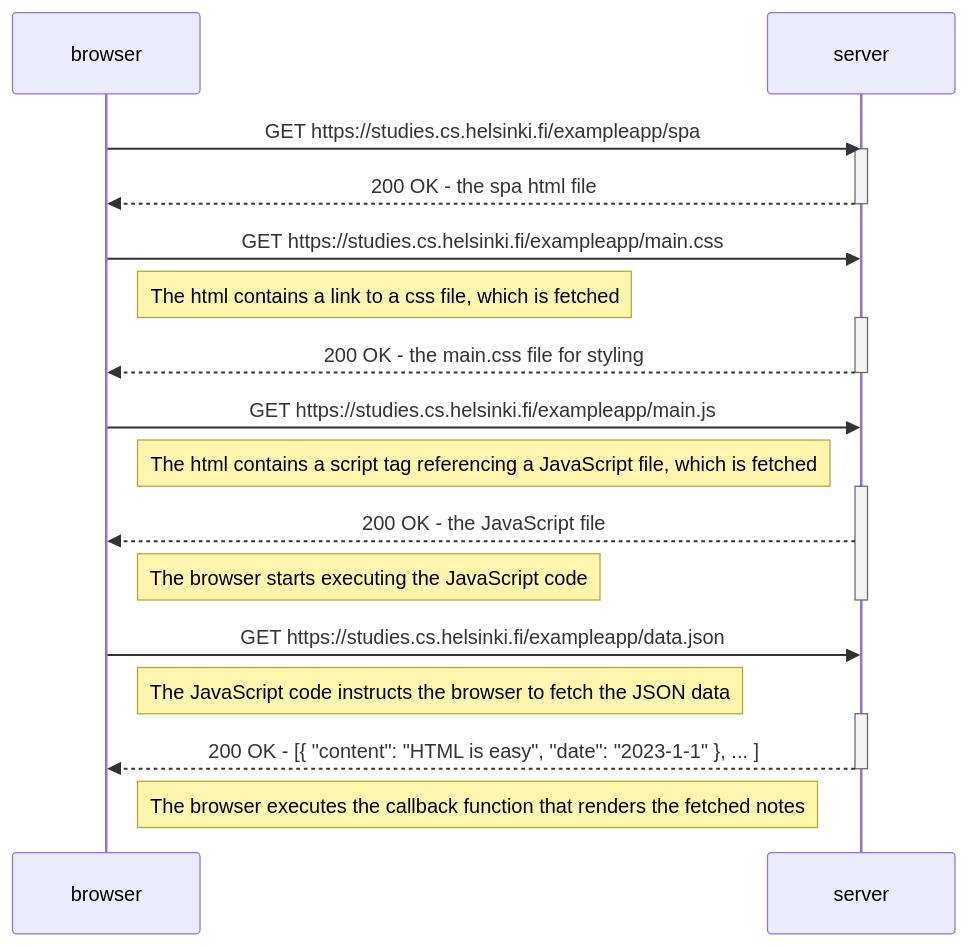
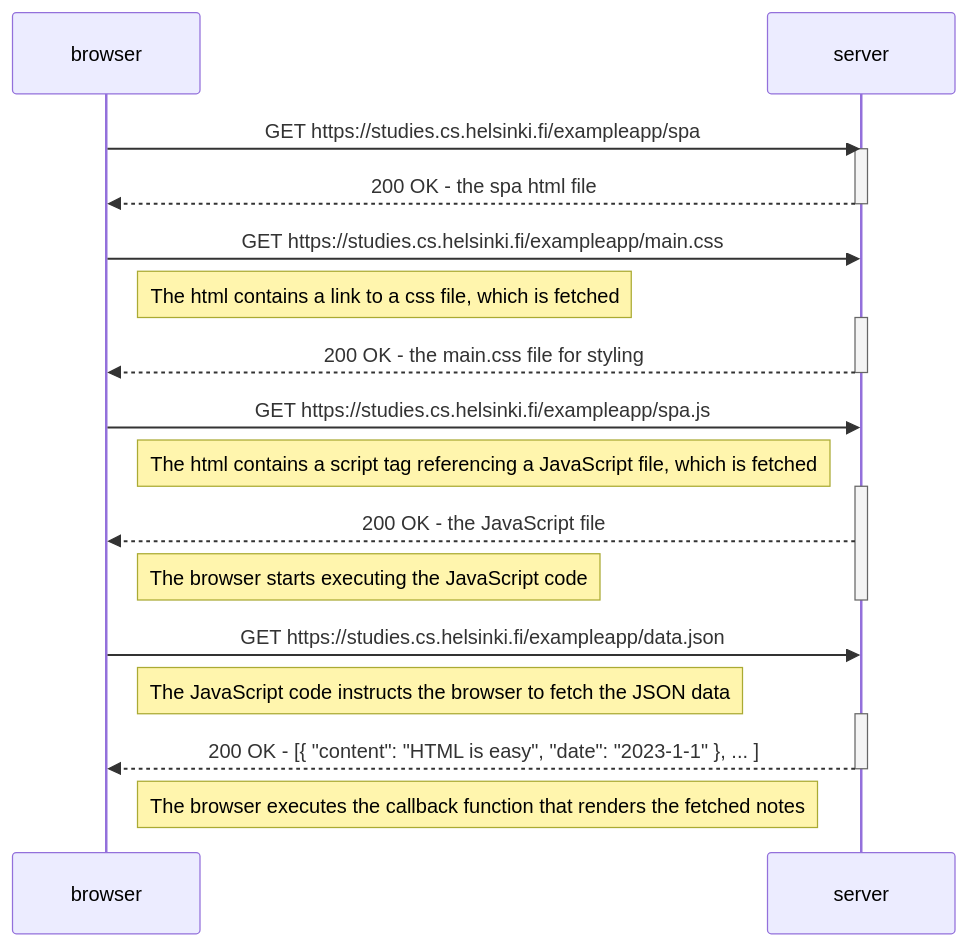
The diagram in Part0/05.md (philipmuller/fullstackopen), drawn with Mermaid before and after one commit.

````diff
--- a/Part0/05.md
+++ b/Part0/05.md
@@ -3,31 +3,31 @@
 ```mermaid
 sequenceDiagram
     participant browser
     participant server
 
     browser->>server: GET https://studies.cs.helsinki.fi/exampleapp/spa
     activate server
     server-->>browser: 200 OK - the spa html file
     deactivate server
 
     browser->>server: GET https://studies.cs.helsinki.fi/exampleapp/main.css
     Note right of browser: The html contains a link to a css file, which is fetched
     activate server
     server-->>browser: 200 OK - the main.css file for styling
     deactivate server
 
-    browser->>server: GET https://studies.cs.helsinki.fi/exampleapp/main.js
+    browser->>server: GET https://studies.cs.helsinki.fi/exampleapp/spa.js
     Note right of browser: The html contains a script tag referencing a JavaScript file, which is fetched
     activate server
     server-->>browser: 200 OK - the JavaScript file
     Note right of browser: The browser starts executing the JavaScript code
     deactivate server
 
     browser->>server: GET https://studies.cs.helsinki.fi/exampleapp/data.json
     Note right of browser: The JavaScript code instructs the browser to fetch the JSON data
     activate server
     server-->>browser: 200 OK - [{ "content": "HTML is easy", "date": "2023-1-1" }, ... ]
     deactivate server
 
     Note right of browser: The browser executes the callback function that renders the fetched notes
 ```
````
